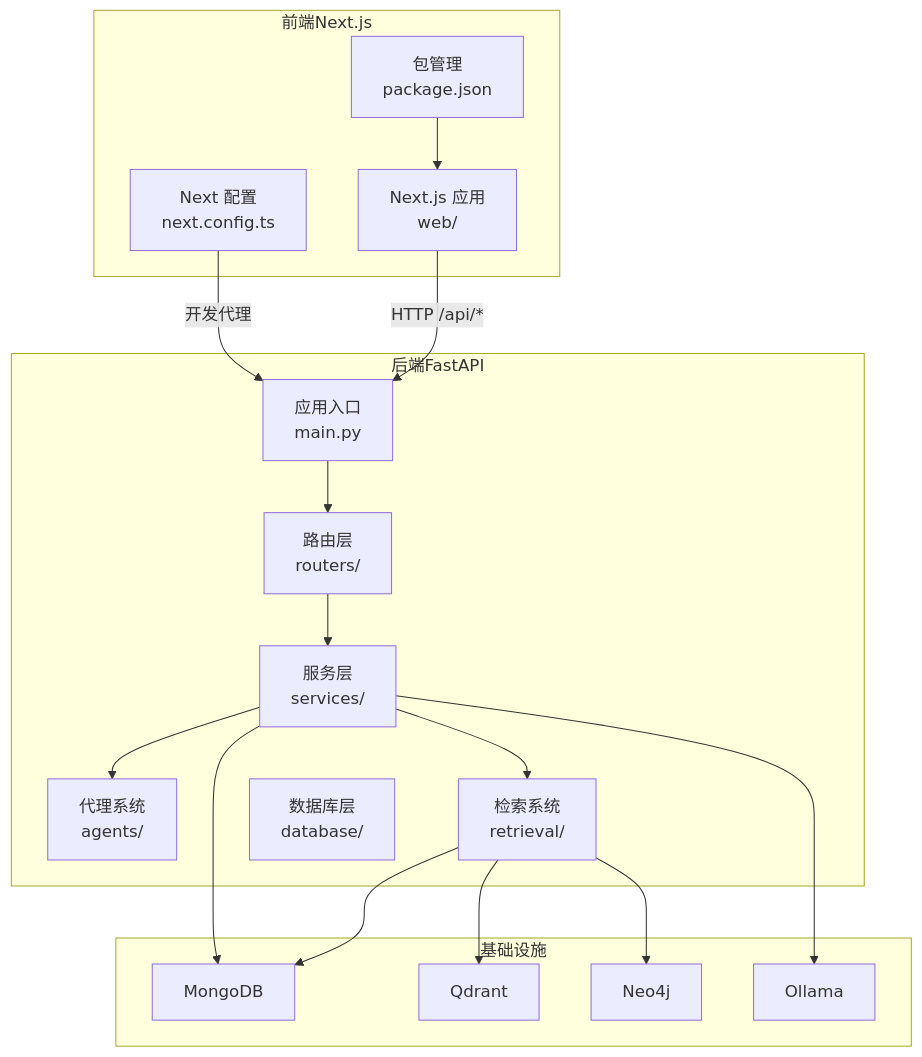
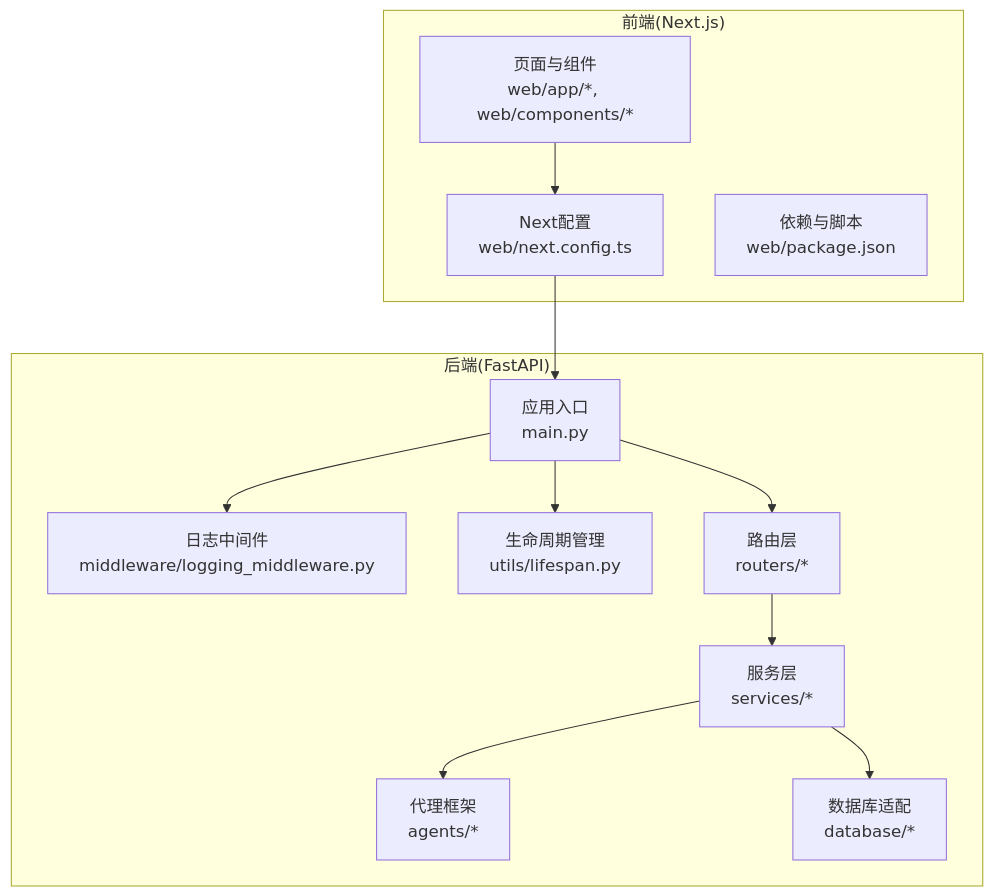
One commit to iammm0/advanced-rag changed the first of 9 diagrams in .qoder/repowiki/zh/content/系统架构/系统架构.md. Above: the diagram before and after it, drawn with Mermaid. The commit also changed other lines of this file and 233 other files, not shown here.

````diff
--- a/.qoder/repowiki/zh/content/系统架构/系统架构.md
+++ b/.qoder/repowiki/zh/content/系统架构/系统架构.md
@@ -40,34 +49,25 @@
 ```mermaid
 graph TB
-subgraph "前端Next.js"
-FE_App["Next.js 应用<br/>web/"]
-FE_Config["Next 配置<br/>next.config.ts"]
-FE_Pkg["包管理<br/>package.json"]
+subgraph "后端(FastAPI)"
+A_main["应用入口<br/>main.py"]
+A_mw["日志中间件<br/>middleware/logging_middleware.py"]
+A_life["生命周期管理<br/>utils/lifespan.py"]
+A_routers["路由层<br/>routers/*"]
+A_services["服务层<br/>services/*"]
+A_agents["代理框架<br/>agents/*"]
+A_db["数据库适配<br/>database/*"]
 end
-subgraph "后端FastAPI"
-BE_Main["应用入口<br/>main.py"]
-BE_Routers["路由层<br/>routers/"]
-BE_Services["服务层<br/>services/"]
-BE_Agents["代理系统<br/>agents/"]
-BE_Retrieval["检索系统<br/>retrieval/"]
-BE_Database["数据库层<br/>database/"]
+subgraph "前端(Next.js)"
+W_cfg["Next配置<br/>web/next.config.ts"]
+W_pkg["依赖与脚本<br/>web/package.json"]
+W_app["页面与组件<br/>web/app/*, web/components/*"]
 end
-subgraph "基础设施"
-DB_Mongo["MongoDB"]
-DB_Qdrant["Qdrant"]
-DB_Neo4j["Neo4j"]
-AI_Ollama["Ollama"]
-end
-FE_App --> |"HTTP /api/*"| BE_Main
-BE_Main --> BE_Routers
-BE_Routers --> BE_Services
-BE_Services --> BE_Agents
-BE_Services --> BE_Retrieval
-BE_Retrieval --> DB_Qdrant
-BE_Retrieval --> DB_Mongo
-BE_Retrieval --> DB_Neo4j
-BE_Services --> DB_Mongo
-BE_Services --> AI_Ollama
-FE_Config --> |"开发代理"| BE_Main
-FE_Pkg --> FE_App
+W_app --> W_cfg
+W_cfg --> A_main
+A_main --> A_mw
+A_main --> A_life
+A_main --> A_routers
+A_routers --> A_services
+A_services --> A_agents
+A_services --> A_db
 ```
````
